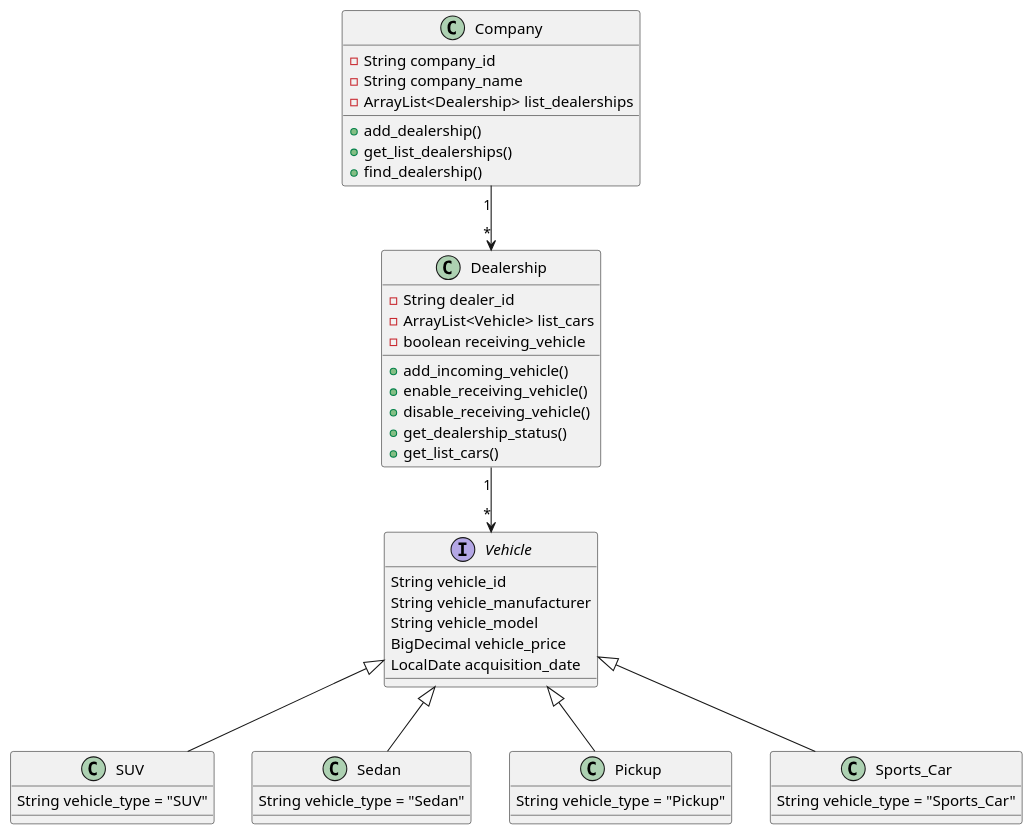
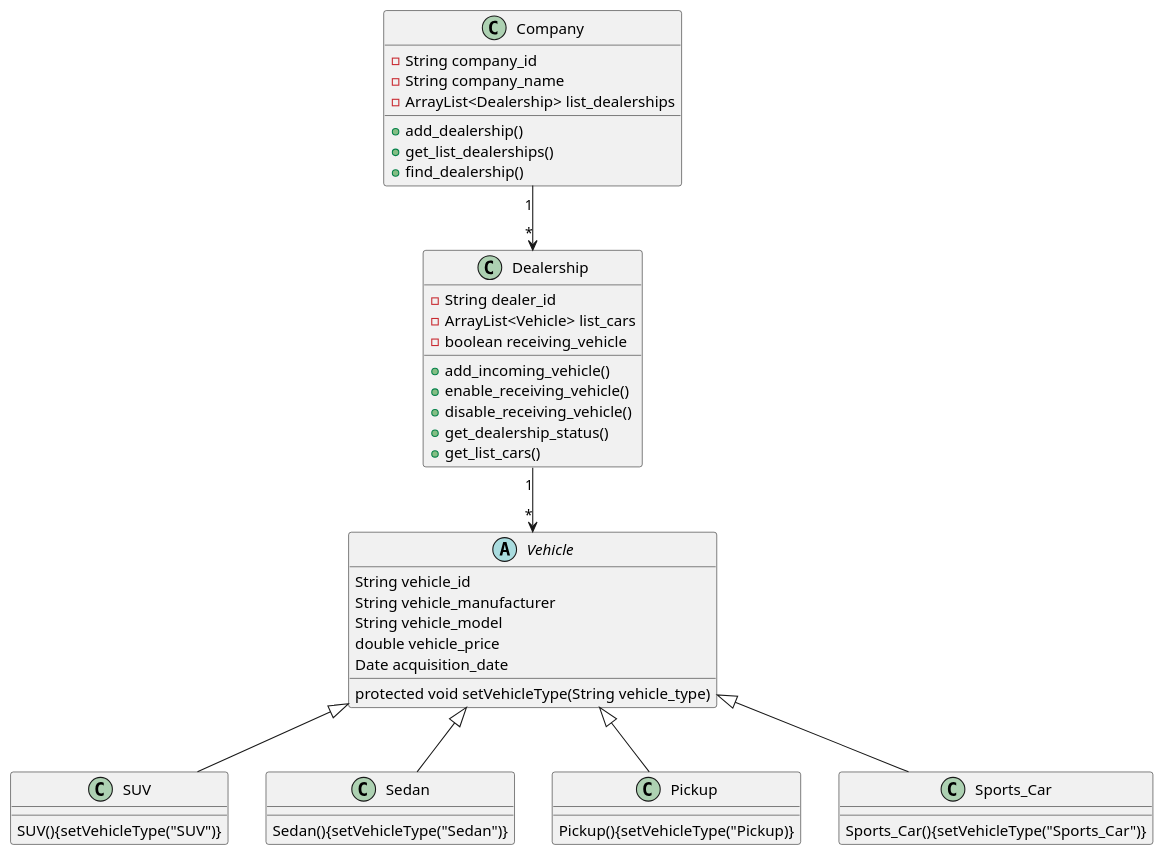
Before and after one commit to csengelhart/Car-Dealership-Tracking: the diagram in Class_Diagram_Car_Dealership.puml, drawn with PlantUML. The commit also changed 1 other file, not shown here.

Commit message:
Changed Vehicle from Interface, to Abstract class, added setVehicleType(String vehicle_type) method to Vehicle, setVehicletype() gets called for each type of vehicle (Sedan, Pickup, Sports_Car, SUV) in the constructor of each class. Changed acquisition_date type to Date which will make it easier to deal with JSON milisecond date format. Changed vehicle_price type to double to simplify implementation.

```diff
--- a/Class_Diagram_Car_Dealership.puml
+++ b/Class_Diagram_Car_Dealership.puml
@@ -1,53 +1,54 @@
 @startuml
 'https://plantuml.com/class-diagram
 class Company {
     -String company_id
     -String company_name
     -ArrayList<Dealership> list_dealerships
 
     +add_dealership()
     +get_list_dealerships()
     +find_dealership()
 
 }
 
 class Dealership {
     -String dealer_id
     -ArrayList<Vehicle> list_cars
     -boolean receiving_vehicle
 
      +add_incoming_vehicle()
      +enable_receiving_vehicle()
      +disable_receiving_vehicle()
      +get_dealership_status()
      +get_list_cars()
 }
 
-interface Vehicle{
+abstract class Vehicle{
     String vehicle_id
     String vehicle_manufacturer
     String vehicle_model
-    BigDecimal vehicle_price
-    LocalDate acquisition_date
+    double vehicle_price
+    Date acquisition_date
+    protected void setVehicleType(String vehicle_type)
 }
 
 class SUV extends Vehicle
 {
-    String vehicle_type = "SUV"
+    SUV(){setVehicleType("SUV")}
 }
 class Sedan extends Vehicle
 {
-    String vehicle_type = "Sedan"
+    Sedan(){setVehicleType("Sedan")}
 }
 class Pickup extends Vehicle
 {
-    String vehicle_type = "Pickup"
+    Pickup(){setVehicleType("Pickup)}
 }
 class Sports_Car extends Vehicle
 {
-    String vehicle_type = "Sports_Car"
+    Sports_Car(){setVehicleType("Sports_Car")}
 }
 
 Dealership "1" --> "*" Vehicle
 Company "1" --> "*" Dealership
 @enduml
```
